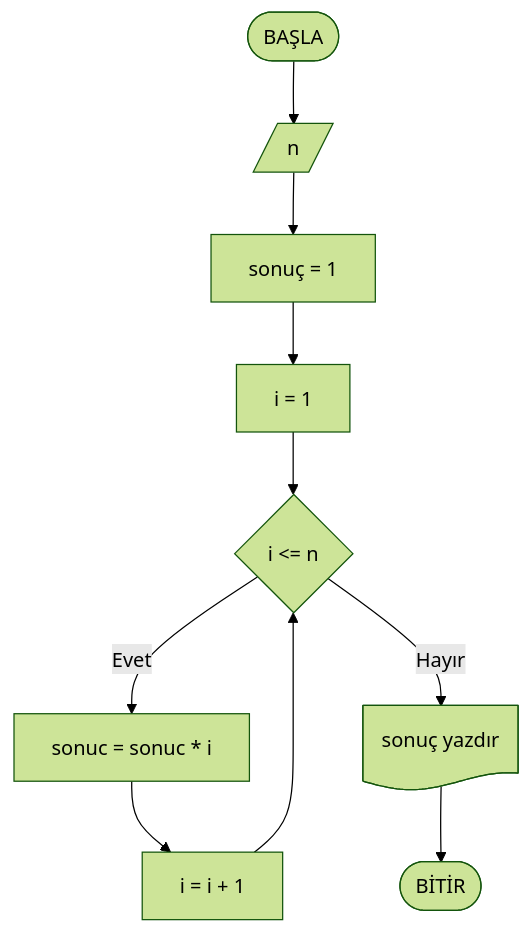
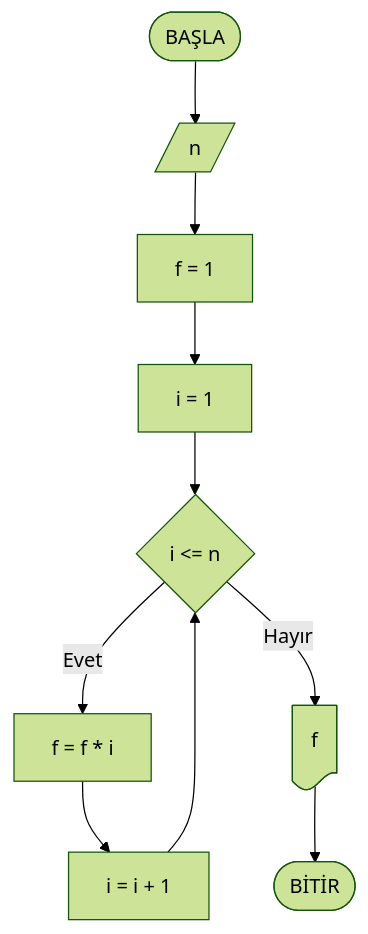
One commit to ibrahimayaz/Algoritma-ve-Programlamaya-Giris-2025 changed the fourth of 10 diagrams in Hafta02/ders_icerik.md. Above: the diagram before and after it, drawn with Mermaid (forest theme).

Commit message:
atama operatorleri guncellendi

````diff
--- a/Hafta02/ders_icerik.md
+++ b/Hafta02/ders_icerik.md
@@ -472,7 +472,7 @@
 ```mermaid
 flowchart TD
-  start([BAŞLA]) --> nin[/n/] --> init1[sonuç = 1] --> init2[i = 1]
+  start([BAŞLA]) --> nin[/n/] --> init1[f = 1] --> init2[i = 1]
   init2 --> loop{i <= n}
-  loop -- Evet --> mult[sonuc = sonuc * i] --> inc[i = i + 1] --> loop
-  loop -- Hayır --> out@{ shape: doc, label: "sonuç yazdır" } --> endNode([BİTİR])
+  loop -- Evet --> mult[f = f * i] --> inc[i = i + 1] --> loop
+  loop -- Hayır --> out@{ shape: doc, label: "f" } --> endNode([BİTİR])
 ```
````
